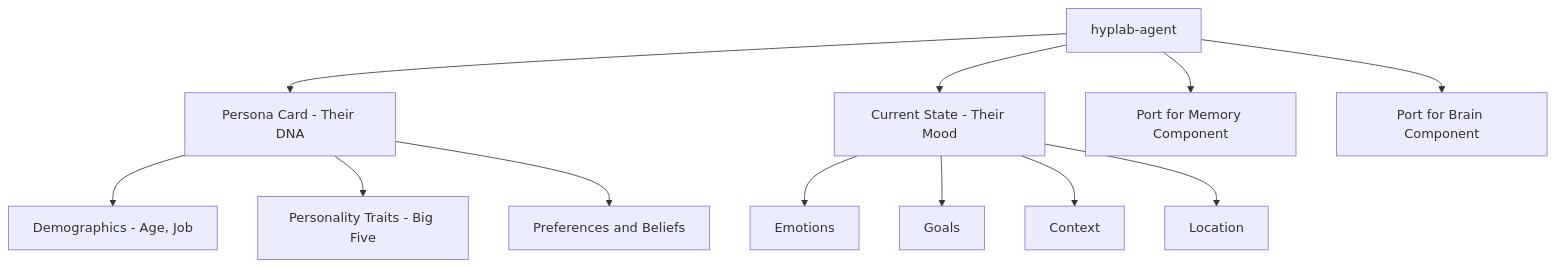
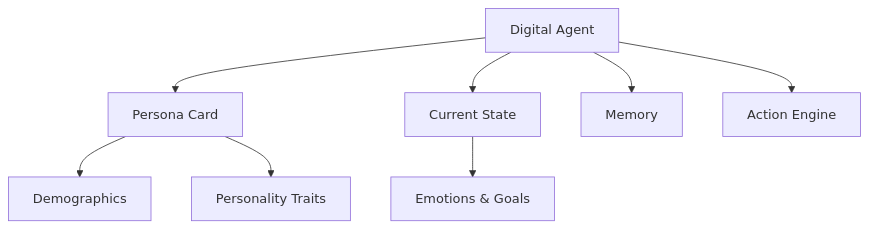
Before and after one commit to Param-Harrison/ebook-writer: the fourth of 16 diagrams in books/ai-simulation.md, drawn with Mermaid. The commit also changed other lines of this file and 35 other files, not shown here.

````diff
--- a/books/ai-simulation.md
+++ b/books/ai-simulation.md
@@ -133,16 +152,11 @@
 ```mermaid
-graph TB
-    A[hyplab-agent] --> B[Persona Card - Their DNA]
-    A --> C[Current State - Their Mood]
-    A --> D[Port for Memory Component]
-    A --> E[Port for Brain Component]
+flowchart TB
+    Agent[Digital Agent] --> Persona[Persona Card]
+    Agent --> State[Current State]
+    Agent --> Memory[Memory]
+    Agent --> Brain[Action Engine]
     
-    B --> B1[Demographics - Age, Job]
-    B --> B2[Personality Traits - Big Five]
-    B --> B3[Preferences and Beliefs]
-    
-    C --> C1[Emotions]
-    C --> C2[Goals]
-    C --> C3[Context]
-    C --> C4[Location]
+    Persona --> Demographics[Demographics]
+    Persona --> Traits[Personality Traits]
+    State --> Emotions[Emotions & Goals]
 ```
````
